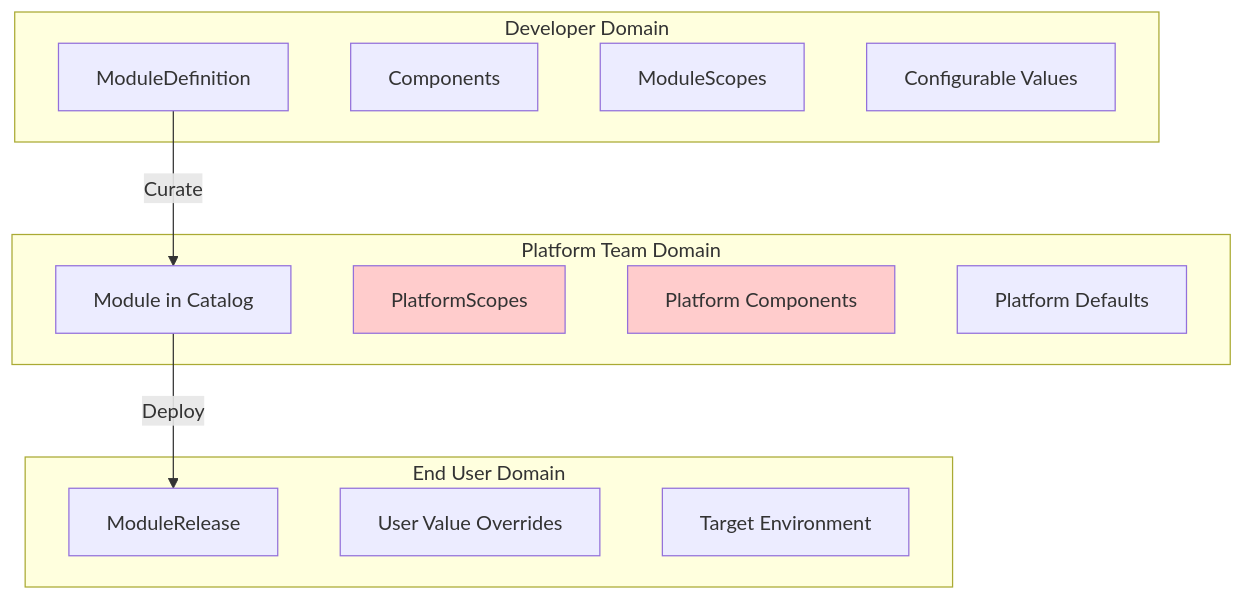
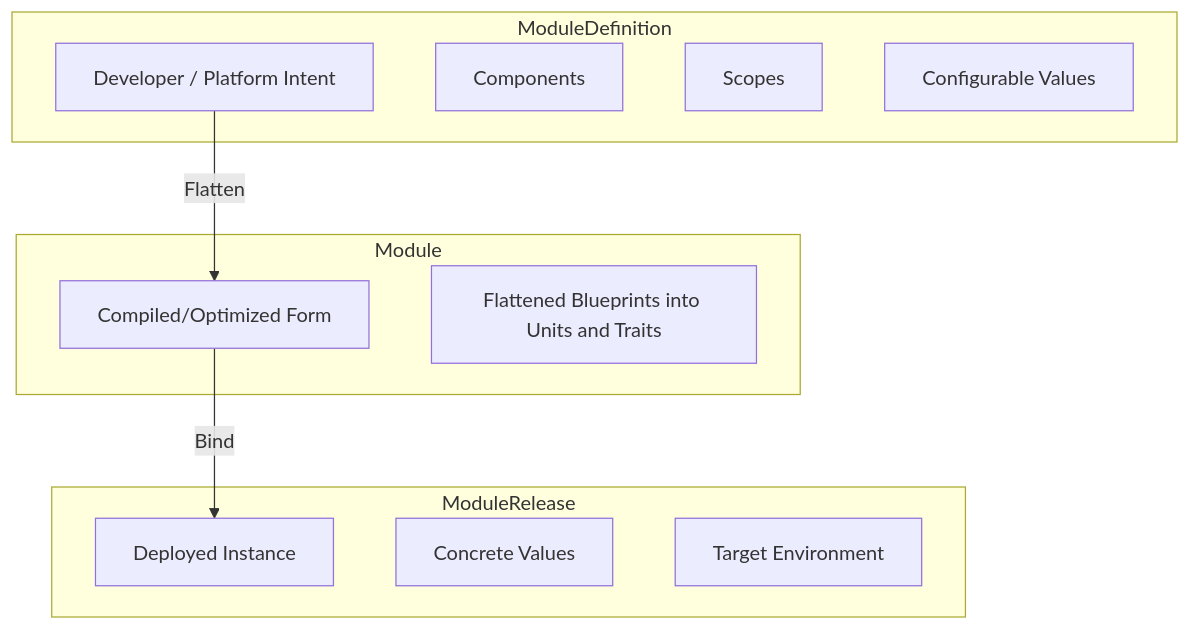
Before and after one commit to open-platform-model/opm: the first of 2 diagrams in docs/architecture.md, drawn with Mermaid. The commit also changed other lines of this file and 4 other files, not shown here.

````diff
--- a/docs/architecture.md
+++ b/docs/architecture.md
@@ -24,28 +64,23 @@
 ```mermaid
 graph TB
-    subgraph "Developer Domain"
-        MD[ModuleDefinition]
+    subgraph "ModuleDefinition"
+        MD[Developer / Platform Intent]
         DC[Components]
-        MS[ModuleScopes]
+        SC[Scopes]
         DV[Configurable Values]
     end
 
-    subgraph "Platform Team Domain"
-        MOD[Module in Catalog]
-        PS[PlatformScopes]
-        PC[Platform Components]
-        PD[Platform Defaults]
+    subgraph "Module"
+        MOD[Compiled/Optimized Form]
+        FB[Flattened Blueprints into Units and Traits]
     end
 
-    subgraph "End User Domain"
-        MR[ModuleRelease]
-        UV[User Value Overrides]
+    subgraph "ModuleRelease"
+        MR[Deployed Instance]
+        UV[Concrete Values]
         NS[Target Environment]
     end
 
-    MD -->|Curate| MOD
-    MOD -->|Deploy| MR
-    
-    style PS fill:#ffcccc
-    style PC fill:#ffcccc
+    MD -->|Flatten| MOD
+    MOD -->|Bind| MR
 ```
````
